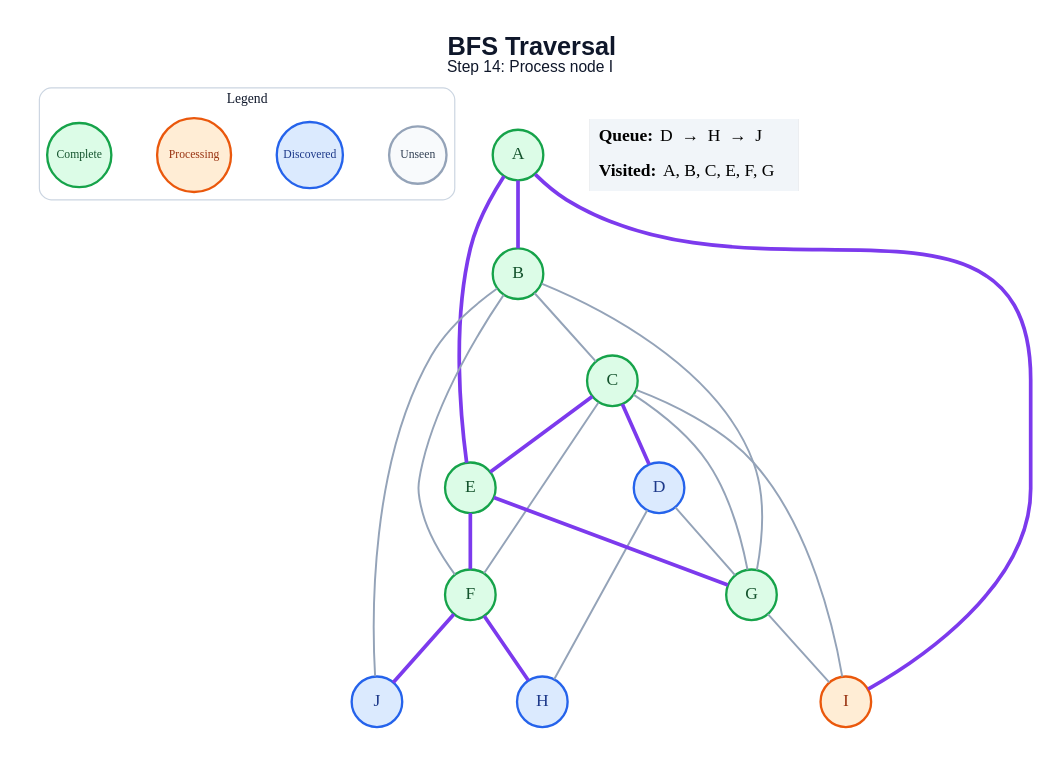
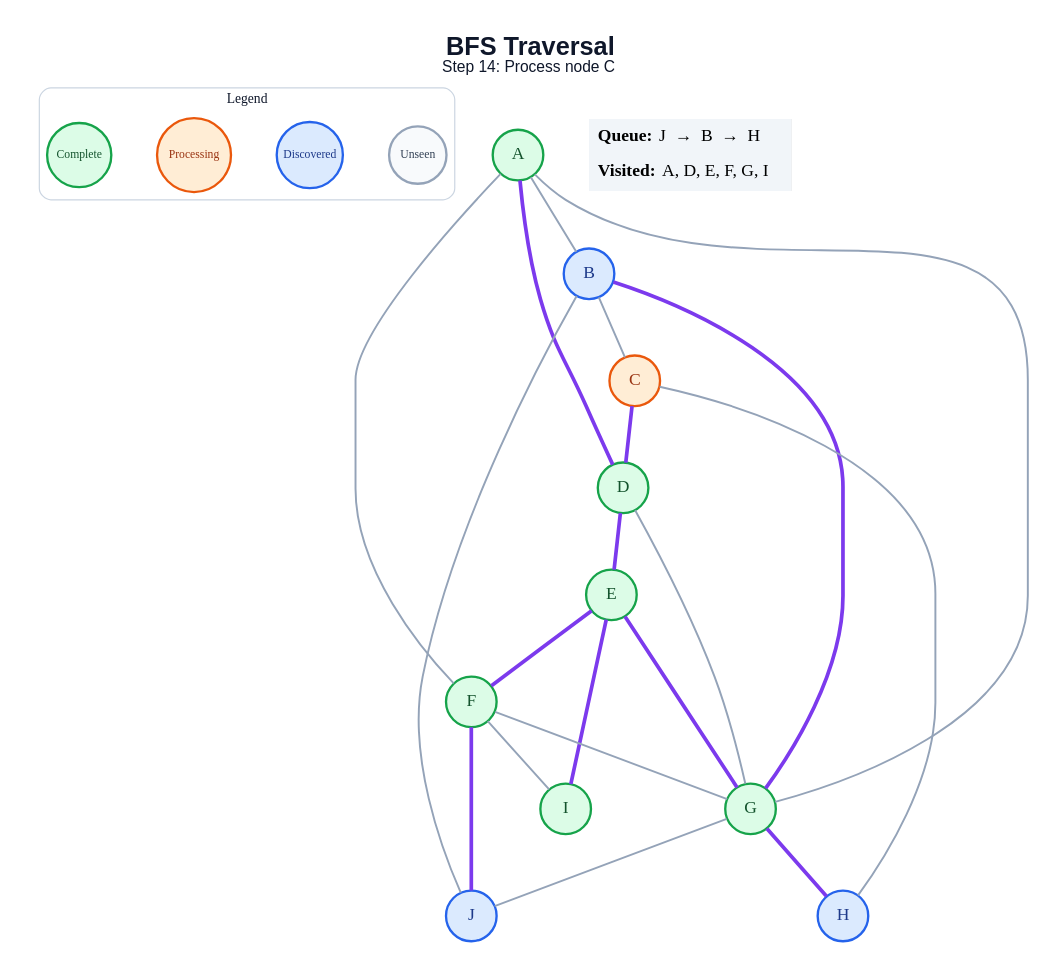
Before and after one commit to amanghodawala9/ai-slop: the diagram in generated/specific-node/bfs/step_14.dot, drawn with Graphviz. The commit also changed 178 other files, not shown here.

```diff
--- a/generated/specific-node/bfs/step_14.dot
+++ b/generated/specific-node/bfs/step_14.dot
@@ -1,48 +1,48 @@
 graph traversal {
   graph [layout=dot, rankdir=TB, bgcolor="#FFFFFF", pad="0.35", nodesep="0.65", ranksep="0.8", fontname="Arial"];
   node [shape=circle, style="filled", fontname="Arial Bold", fontsize=18, width=0.72, fixedsize=true, penwidth=2.4];
   edge [color="#94A3B8", penwidth=2.0];
-  label=<<B>BFS Traversal</B><BR/><FONT POINT-SIZE="16">Step 14: Process node I</FONT>>; labelloc="t"; fontsize=26; fontname="Arial"; fontcolor="#0F172A";
+  label=<<B>BFS Traversal</B><BR/><FONT POINT-SIZE="16">Step 14: Process node C</FONT>>; labelloc="t"; fontsize=26; fontname="Arial"; fontcolor="#0F172A";
   subgraph cluster_legend { label="Legend"; color="#CBD5E1"; penwidth=1.2; style="rounded"; fontsize=14; fontname="Arial Bold";
     key_unseen [label="Unseen", fillcolor="#F8FAFC", color="#94A3B8", fontcolor="#334155", fontsize=12, width=0.82];
     key_frontier [label="Discovered", fillcolor="#DBEAFE", color="#2563EB", fontcolor="#1E3A8A", fontsize=12, width=0.95];
     key_current [label="Processing", fillcolor="#FFEDD5", color="#EA580C", fontcolor="#9A3412", fontsize=12, width=1.05];
     key_done [label="Complete", fillcolor="#DCFCE7", color="#16A34A", fontcolor="#14532D", fontsize=12, width=0.92];
     { rank=same; key_unseen; key_frontier; key_current; key_done; }
   }
   A [fillcolor="#DCFCE7", color="#16A34A", fontcolor="#14532D"];
-  B [fillcolor="#DCFCE7", color="#16A34A", fontcolor="#14532D"];
-  C [fillcolor="#DCFCE7", color="#16A34A", fontcolor="#14532D"];
-  D [fillcolor="#DBEAFE", color="#2563EB", fontcolor="#1E3A8A"];
+  B [fillcolor="#DBEAFE", color="#2563EB", fontcolor="#1E3A8A"];
+  C [fillcolor="#FFEDD5", color="#EA580C", fontcolor="#9A3412"];
+  D [fillcolor="#DCFCE7", color="#16A34A", fontcolor="#14532D"];
   E [fillcolor="#DCFCE7", color="#16A34A", fontcolor="#14532D"];
   F [fillcolor="#DCFCE7", color="#16A34A", fontcolor="#14532D"];
   G [fillcolor="#DCFCE7", color="#16A34A", fontcolor="#14532D"];
   H [fillcolor="#DBEAFE", color="#2563EB", fontcolor="#1E3A8A"];
-  I [fillcolor="#FFEDD5", color="#EA580C", fontcolor="#9A3412"];
+  I [fillcolor="#DCFCE7", color="#16A34A", fontcolor="#14532D"];
   J [fillcolor="#DBEAFE", color="#2563EB", fontcolor="#1E3A8A"];
-  A -- B [color="#7C3AED", penwidth=3.8];
-  A -- E [color="#7C3AED", penwidth=3.8];
-  A -- I [color="#7C3AED", penwidth=3.8];
+  A -- B;
+  A -- D [color="#7C3AED", penwidth=3.8];
+  A -- F;
+  A -- G;
   B -- C;
-  B -- F;
-  B -- G;
+  B -- G [color="#7C3AED", penwidth=3.8];
   B -- J;
   C -- D [color="#7C3AED", penwidth=3.8];
-  C -- E [color="#7C3AED", penwidth=3.8];
-  C -- F;
-  C -- G;
-  C -- I;
+  C -- H;
+  D -- E [color="#7C3AED", penwidth=3.8];
   D -- G;
-  D -- H;
   E -- F [color="#7C3AED", penwidth=3.8];
   E -- G [color="#7C3AED", penwidth=3.8];
-  F -- H [color="#7C3AED", penwidth=3.8];
+  E -- I [color="#7C3AED", penwidth=3.8];
+  F -- G;
+  F -- I;
   F -- J [color="#7C3AED", penwidth=3.8];
-  G -- I;
+  G -- H [color="#7C3AED", penwidth=3.8];
+  G -- J;
   status [shape=plain, fixedsize=false, width=0, height=0, margin=0, label=<
     <TABLE BORDER="0" CELLBORDER="0" CELLPADDING="7" BGCOLOR="#F1F5F9">
-      <TR><TD ALIGN="LEFT"><B>Queue:</B> D  →  H  →  J</TD></TR>
-      <TR><TD ALIGN="LEFT"><B>Visited:</B> A, B, C, E, F, G</TD></TR>
+      <TR><TD ALIGN="LEFT"><B>Queue:</B> J  →  B  →  H</TD></TR>
+      <TR><TD ALIGN="LEFT"><B>Visited:</B> A, D, E, F, G, I</TD></TR>
     </TABLE>
   >];
 }
```
